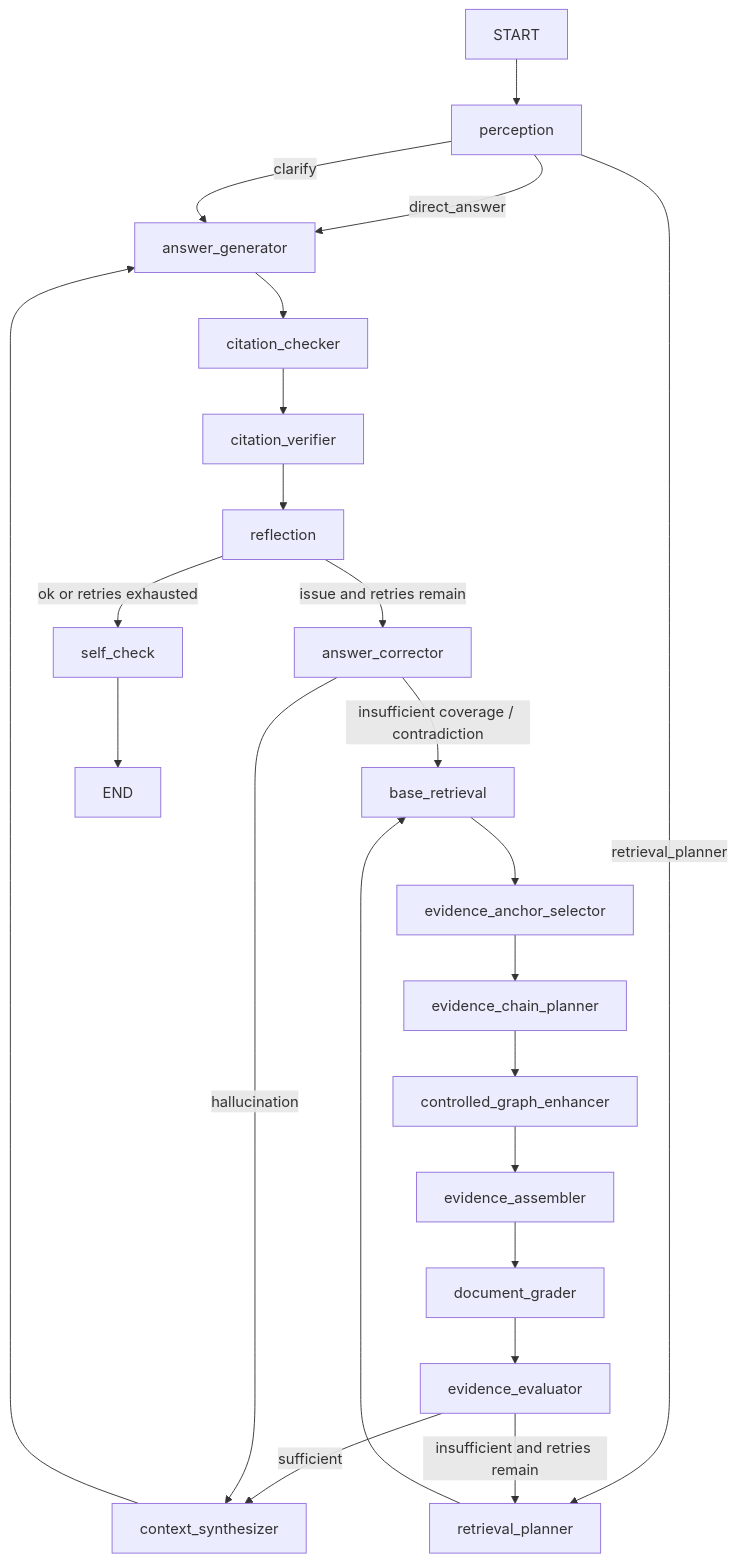
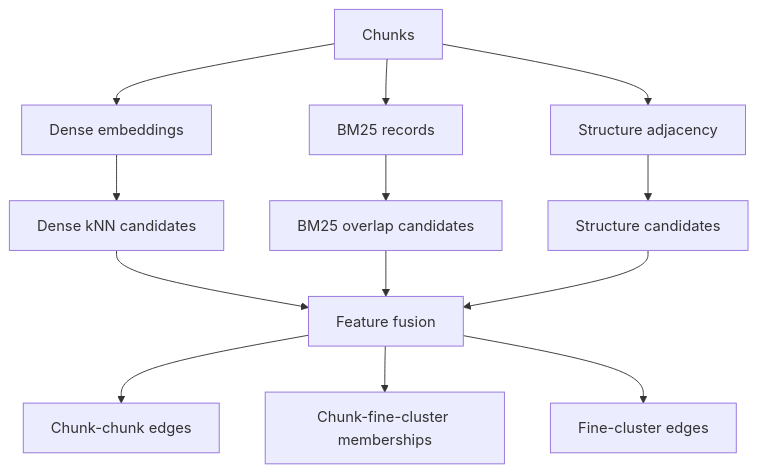
The sixth of 10 diagrams in docs/technical-spec.md (Sggggt/SymboGraph), drawn with Mermaid before and after one commit. The commit also changed other lines of this file and 123 other files, not shown here.

````diff
--- a/docs/technical-spec.md
+++ b/docs/technical-spec.md
@@ -586,25 +390,15 @@
 ```mermaid
 flowchart TB
-    START["START"] --> P["perception"]
-    P -->|"direct_answer"| AG["answer_generator"]
-    P -->|"clarify"| AG
-    P -->|"retrieval_planner"| RP["retrieval_planner"]
-    RP --> BR["base_retrieval"]
-    BR --> AS["evidence_anchor_selector"]
-    AS --> CP["evidence_chain_planner"]
-    CP --> GH["controlled_graph_enhancer"]
-    GH --> EA["evidence_assembler"]
-    EA --> DG["document_grader"]
-    DG --> EE["evidence_evaluator"]
-    EE -->|"sufficient"| CS["context_synthesizer"]
-    EE -->|"insufficient and retries remain"| RP
-    CS --> AG
-    AG --> CC["citation_checker"]
-    CC --> CV["citation_verifier"]
-    CV --> RF["reflection"]
-    RF -->|"issue and retries remain"| AC["answer_corrector"]
-    RF -->|"ok or retries exhausted"| SC["self_check"]
-    AC -->|"hallucination"| CS
-    AC -->|"insufficient coverage / contradiction"| BR
-    SC --> END["END"]
+    CH["Chunks"] --> EMB["Dense embeddings"]
+    CH --> BM["BM25 records"]
+    CH --> ST["Structure adjacency"]
+    EMB --> KNN["Dense kNN candidates"]
+    BM --> LEX["BM25 overlap candidates"]
+    ST --> ADJ["Structure candidates"]
+    KNN --> FUSE["Feature fusion"]
+    LEX --> FUSE
+    ADJ --> FUSE
+    FUSE --> CC["Chunk-chunk edges"]
+    FUSE --> CF["Chunk-fine-cluster memberships"]
+    FUSE --> FF["Fine-cluster edges"]
 ```
````
